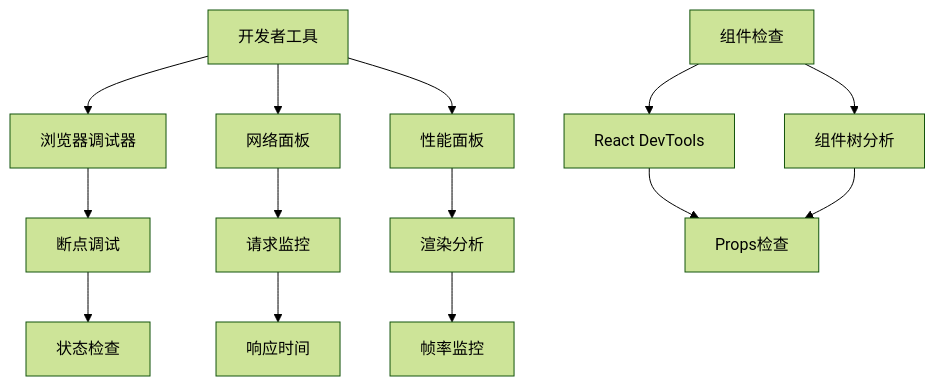
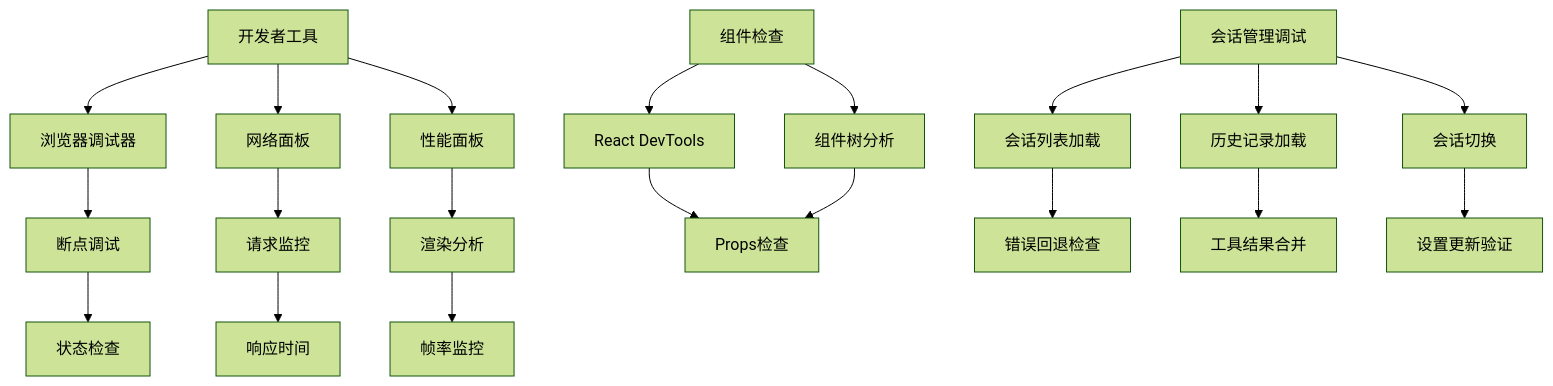
Diagram 23 of 23 in .qoder/repowiki/zh/content/Web界面/UI组件系统/UI组件系统.md (verse-ai-org/openclaw), drawn with Mermaid (forest theme) before and after one commit. The commit also changed other lines of this file and 9 other files, not shown here.

````diff
--- a/.qoder/repowiki/zh/content/Web界面/UI组件系统/UI组件系统.md
+++ b/.qoder/repowiki/zh/content/Web界面/UI组件系统/UI组件系统.md
@@ -903,16 +1043,22 @@
 ```mermaid
 graph TD
 A[开发者工具] --> B[浏览器调试器]
 A --> C[网络面板]
 A --> D[性能面板]
 B --> E[断点调试]
 C --> F[请求监控]
 D --> G[渲染分析]
 E --> H[状态检查]
 F --> I[响应时间]
 G --> J[帧率监控]
 K[组件检查] --> L[React DevTools]
 K --> M[组件树分析]
 L --> N[Props检查]
 M --> N
+O[会话管理调试] --> P[会话列表加载]
+O --> Q[历史记录加载]
+O --> R[会话切换]
+P --> S[错误回退检查]
+Q --> T[工具结果合并]
+R --> U[设置更新验证]
 ```
````
